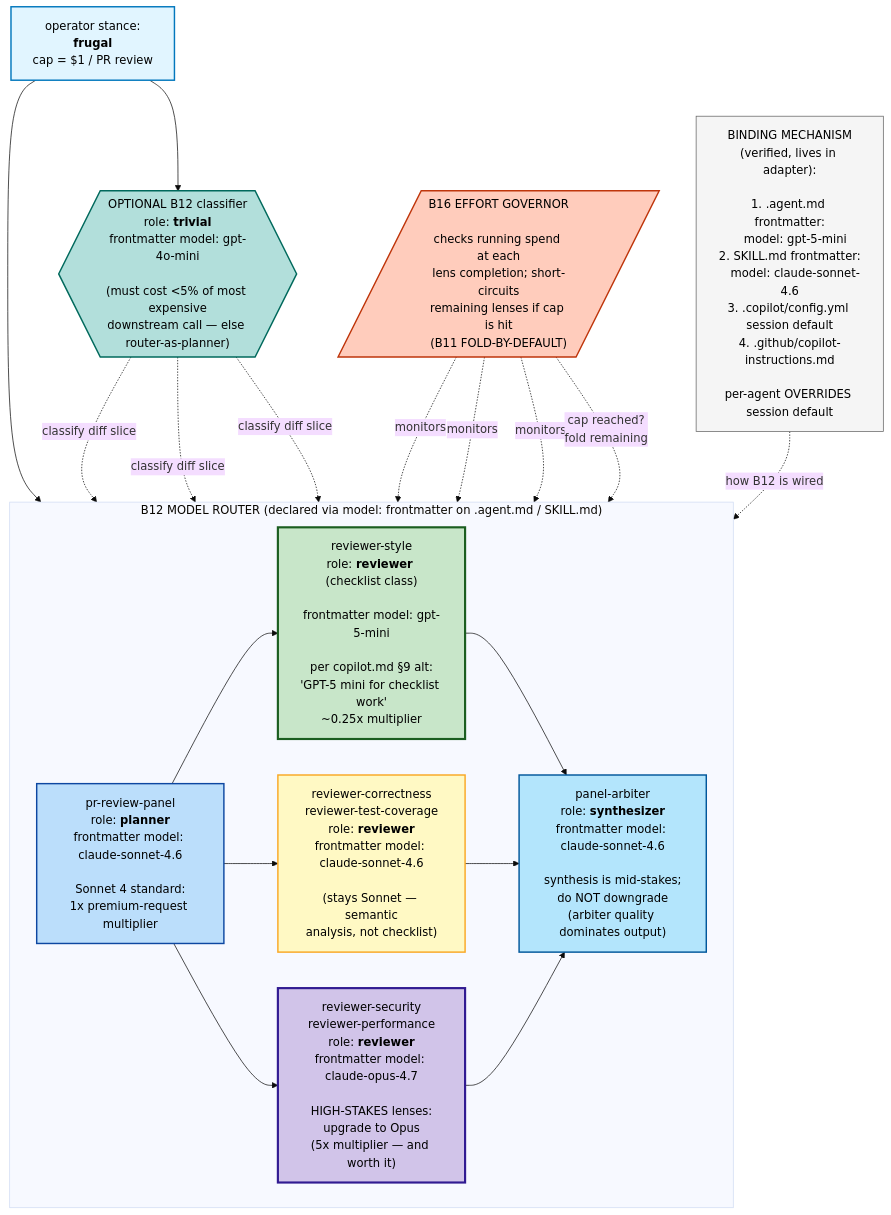
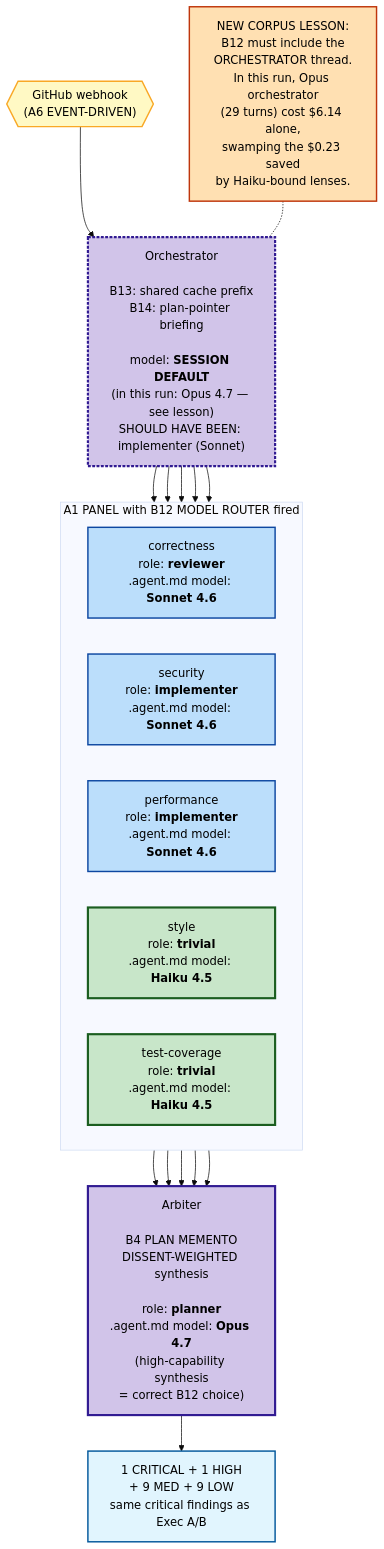
Before and after one commit to jeremiah-snee-openx/genesis: the fourth of 4 diagrams in dev/empirical-proof/ab-experiment-apm-1424/REPORT.md, drawn with Mermaid (base theme). The commit also changed other lines of this file and 4 other files, not shown here.

````diff
--- a/dev/empirical-proof/ab-experiment-apm-1424/REPORT.md
+++ b/dev/empirical-proof/ab-experiment-apm-1424/REPORT.md
@@ -227,39 +172,35 @@
 ```mermaid
 flowchart TB
-    OP["operator stance:<br/><b>frugal</b><br/>cap = $1 / PR review"]:::input
+    TRIG{{"GitHub webhook<br/>(A6 EVENT-DRIVEN)"}}:::trig
 
-    subgraph BIND["B12 MODEL ROUTER (declared via model: frontmatter on .agent.md / SKILL.md)"]
+    ORCH["Orchestrator<br/><br/>B13: shared cache prefix<br/>B14: plan-pointer briefing<br/><br/>model: <b>SESSION DEFAULT</b><br/>(in this run: Opus 4.7 — see lesson)<br/>SHOULD HAVE BEEN: implementer (Sonnet)"]:::orchbad
+
+    subgraph PANEL["A1 PANEL with B12 MODEL ROUTER fired"]
         direction LR
-        ORCH2["pr-review-panel<br/>role: <b>planner</b><br/>frontmatter model: claude-sonnet-4.6<br/><br/>Sonnet 4 standard:<br/>1x premium-request multiplier"]:::planner
-        L_easy["reviewer-style<br/>role: <b>reviewer</b> (checklist class)<br/><br/>frontmatter model: gpt-5-mini<br/><br/>per copilot.md §9 alt:<br/>'GPT-5 mini for checklist work'<br/>~0.25x multiplier"]:::trivial
-        L_mid["reviewer-correctness<br/>reviewer-test-coverage<br/>role: <b>reviewer</b><br/>frontmatter model: claude-sonnet-4.6<br/><br/>(stays Sonnet — semantic<br/>analysis, not checklist)"]:::reviewer
-        L_hard["reviewer-security<br/>reviewer-performance<br/>role: <b>reviewer</b><br/>frontmatter model: claude-opus-4.7<br/><br/>HIGH-STAKES lenses:<br/>upgrade to Opus<br/>(5x multiplier — and worth it)"]:::premium
-        ARB2["panel-arbiter<br/>role: <b>synthesizer</b><br/>frontmatter model: claude-sonnet-4.6<br/><br/>synthesis is mid-stakes;<br/>do NOT downgrade<br/>(arbiter quality dominates output)"]:::synthesizer
+        L1["correctness<br/>role: <b>reviewer</b><br/>.agent.md model: <b>Sonnet 4.6</b>"]:::sonnet
+        L2["security<br/>role: <b>implementer</b><br/>.agent.md model: <b>Sonnet 4.6</b>"]:::sonnet
+        L3["performance<br/>role: <b>implementer</b><br/>.agent.md model: <b>Sonnet 4.6</b>"]:::sonnet
+        L4["style<br/>role: <b>trivial</b><br/>.agent.md model: <b>Haiku 4.5</b>"]:::haiku
+        L5["test-coverage<br/>role: <b>trivial</b><br/>.agent.md model: <b>Haiku 4.5</b>"]:::haiku
     end
 
-    CLS{{"OPTIONAL B12 classifier<br/>role: <b>trivial</b><br/>frontmatter model: gpt-4o-mini<br/><br/>(must cost <5% of most expensive<br/>downstream call — else router-as-planner)"}}:::classifier
+    ARB["Arbiter<br/><br/>B4 PLAN MEMENTO<br/>DISSENT-WEIGHTED synthesis<br/><br/>role: <b>planner</b><br/>.agent.md model: <b>Opus 4.7</b><br/>(high-capability synthesis<br/>= correct B12 choice)"]:::opus
 
-    GOV[/"B16 EFFORT GOVERNOR<br/><br/>checks running spend at each<br/>lens completion; short-circuits<br/>remaining lenses if cap is hit<br/>(B11 FOLD-BY-DEFAULT)"/]:::governor
+    OUT["1 CRITICAL + 1 HIGH<br/>+ 9 MED + 9 LOW<br/>same critical findings as Exec A/B"]:::out
 
-    NOTE["BINDING MECHANISM<br/>(verified, lives in adapter):<br/><br/>1. .agent.md frontmatter:<br/>   model: gpt-5-mini<br/>2. SKILL.md frontmatter:<br/>   model: claude-sonnet-4.6<br/>3. .copilot/config.yml session default<br/>4. .github/copilot-instructions.md<br/><br/>per-agent OVERRIDES session default"]:::note
+    LESSON["NEW CORPUS LESSON:<br/>B12 must include the<br/>ORCHESTRATOR thread.<br/>In this run, Opus orchestrator<br/>(29 turns) cost $6.14 alone,<br/>swamping the $0.23 saved<br/>by Haiku-bound lenses."]:::lesson
 
-    OP --> CLS & ORCH2
-    CLS -. "classify diff slice" .-> L_easy
-    CLS -. "classify diff slice" .-> L_mid
-    CLS -. "classify diff slice" .-> L_hard
-    ORCH2 --> L_easy & L_mid & L_hard
-    L_easy & L_mid & L_hard --> ARB2
-    GOV -. monitors .-> L_easy & L_mid & L_hard
-    GOV -. "cap reached?<br/>fold remaining" .-> ARB2
-    NOTE -. how B12 is wired .-> BIND
+    TRIG --> ORCH
+    ORCH --> L1 & L2 & L3 & L4 & L5
+    L1 & L2 & L3 & L4 & L5 --> ARB
+    ARB --> OUT
+    LESSON -.- ORCH
 
-    classDef input fill:#e1f5ff,stroke:#0277bd,stroke-width:2px,color:#000
-    classDef planner fill:#bbdefb,stroke:#0d47a1,stroke-width:2px,color:#000
-    classDef trivial fill:#c8e6c9,stroke:#1b5e20,stroke-width:3px,color:#000
-    classDef reviewer fill:#fff9c4,stroke:#f9a825,stroke-width:2px,color:#000
-    classDef premium fill:#d1c4e9,stroke:#311b92,stroke-width:3px,color:#000
-    classDef synthesizer fill:#b3e5fc,stroke:#01579b,stroke-width:2px,color:#000
-    classDef classifier fill:#b2dfdb,stroke:#00695c,stroke-width:2px,color:#000
-    classDef governor fill:#ffccbc,stroke:#bf360c,stroke-width:2px,color:#000
-    classDef note fill:#f5f5f5,stroke:#616161,stroke-width:1px,color:#000
+    classDef trig fill:#fff9c4,stroke:#f9a825,stroke-width:2px,color:#000
+    classDef orchbad fill:#d1c4e9,stroke:#311b92,stroke-width:3px,stroke-dasharray:4 2,color:#000
+    classDef sonnet fill:#bbdefb,stroke:#0d47a1,stroke-width:2px,color:#000
+    classDef haiku fill:#c8e6c9,stroke:#1b5e20,stroke-width:3px,color:#000
+    classDef opus fill:#d1c4e9,stroke:#311b92,stroke-width:3px,color:#000
+    classDef out fill:#e1f5fe,stroke:#01579b,stroke-width:2px,color:#000
+    classDef lesson fill:#ffe0b2,stroke:#bf360c,stroke-width:2px,color:#000
 ```
````
